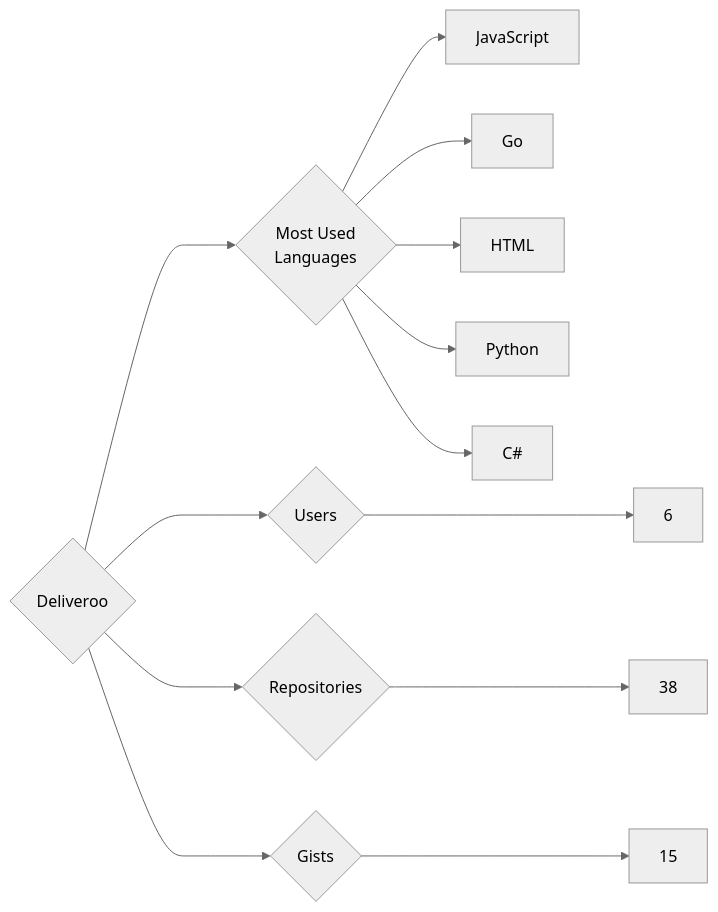
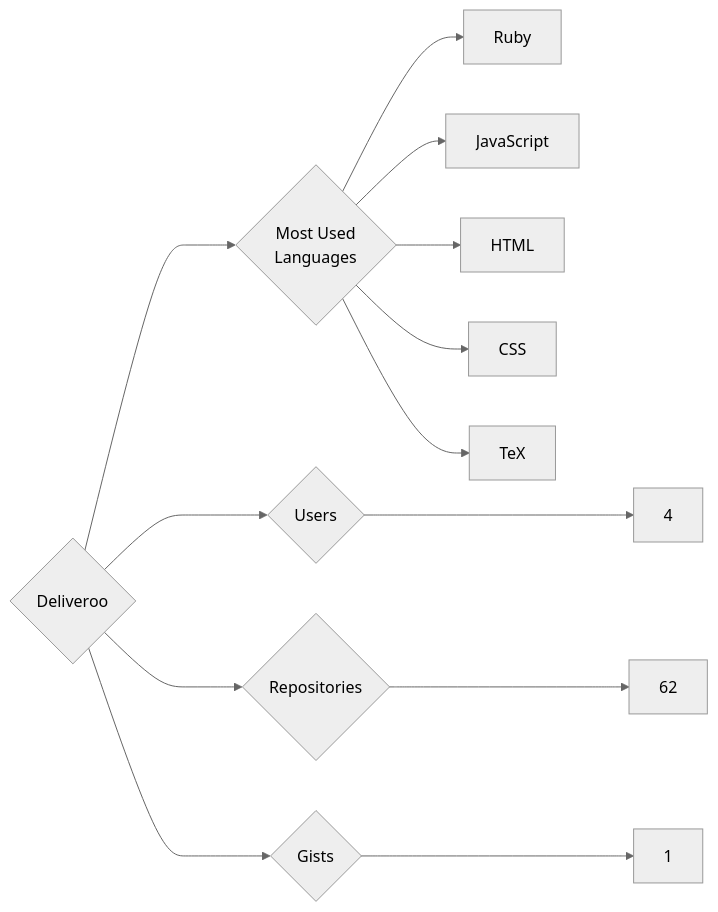
Before and after one commit to trickest/insiders: the diagram in targets/Deliveroo/README.md, drawn with Mermaid (neutral theme). The commit also changed 1141 other files, not shown here.

````diff
--- a/targets/Deliveroo/README.md
+++ b/targets/Deliveroo/README.md
@@ -3,13 +3,13 @@
 ```mermaid
 graph LR
 COMPANY_NAME{Deliveroo}
-COMPANY_NAME ---> U{Users} ---> UN[6]
-COMPANY_NAME ---> R{Repositories} ---> RN[38]
-COMPANY_NAME ---> G{Gists} ---> GN[15]
+COMPANY_NAME ---> U{Users} ---> UN[4]
+COMPANY_NAME ---> R{Repositories} ---> RN[62]
+COMPANY_NAME ---> G{Gists} ---> GN[1]
 COMPANY_NAME ---> ML{Most Used<br>Languages}
+ML --> Ruby[Ruby]
 ML --> JavaScript[JavaScript]
-ML --> Go[Go]
 ML --> HTML[HTML]
-ML --> Python[Python]
-ML --> C#[C#]
+ML --> CSS[CSS]
+ML --> TeX[TeX]
 ```
````
